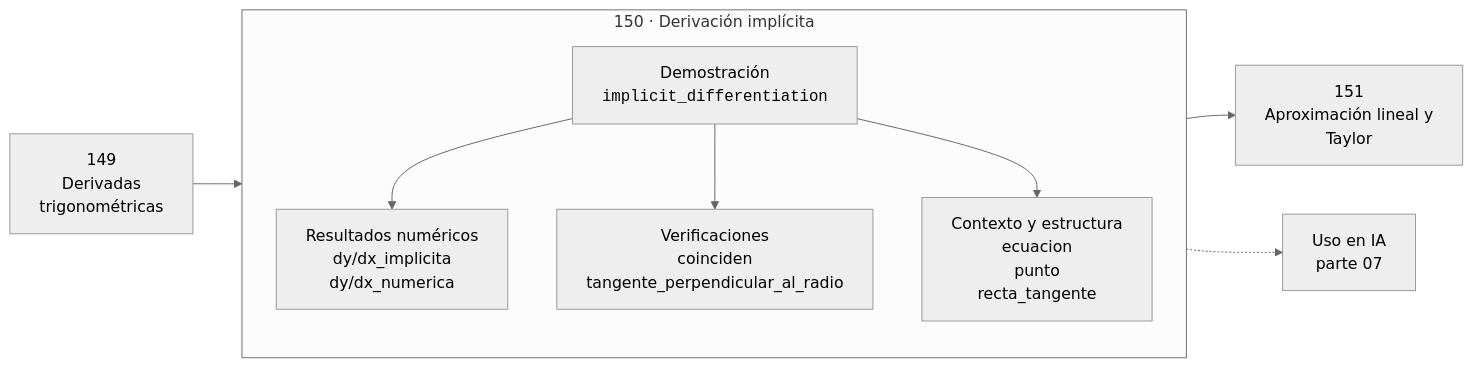
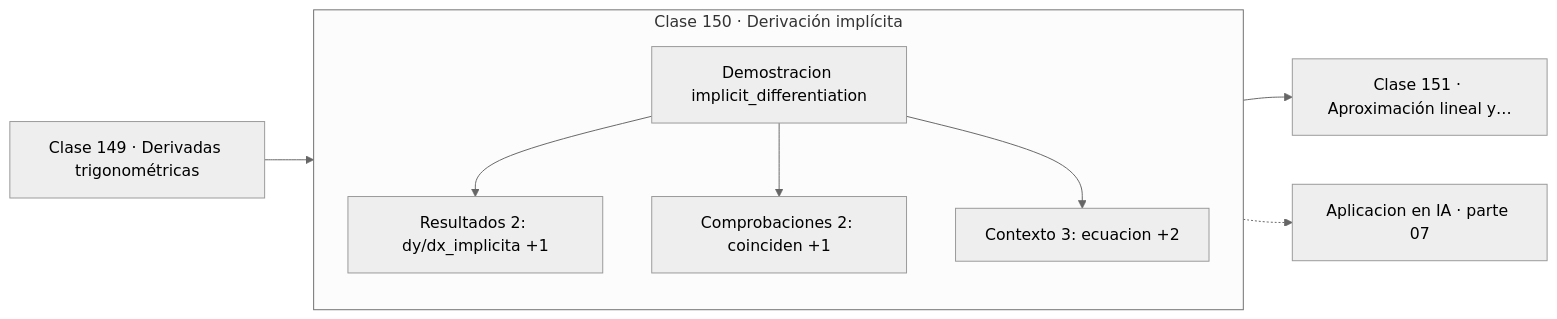
The diagram in classes/part-07-calculo-diferencial-e-integral/150-derivacion-implicita/README.md (vladimiracunadev-create/computational-mathematics-program), drawn with Mermaid (neutral theme) before and after one commit. The commit also changed 389 other files, not shown here.

First line of the commit message:
fix(diagramas): elimina el HTML de las etiquetas Mermaid

````diff
--- a/classes/part-07-calculo-diferencial-e-integral/150-derivacion-implicita/README.md
+++ b/classes/part-07-calculo-diferencial-e-integral/150-derivacion-implicita/README.md
@@ -30,12 +30,13 @@
 ```mermaid
 flowchart LR
-    P["149<br/>Derivadas<br/>trigonométricas"] --> C
-    subgraph C["150 · Derivación implícita"]
+    P["Clase 149 · Derivadas trigonométricas"] --> D
+    subgraph CLASE["Clase 150 · Derivación implícita"]
         direction TB
-        D["Demostración<br/><code>implicit_differentiation</code>"] --> R["Resultados numéricos<br/>dy/dx_implicita<br/>dy/dx_numerica"]
-        D --> V["Verificaciones<br/>coinciden<br/>tangente_perpendicular_al_radio"]
-        D --> O["Contexto y estructura<br/>ecuacion<br/>punto<br/>recta_tangente"]
+        D["Demostracion implicit_differentiation"]
+        D --> R["Resultados 2: dy/dx_implicita +1"]
+        D --> V["Comprobaciones 2: coinciden +1"]
+        D --> O["Contexto 3: ecuacion +2"]
     end
-    C --> N["151<br/>Aproximación lineal y<br/>Taylor"]
-    C -.-> IA["Uso en IA<br/>parte 07"]
+    R --> N["Clase 151 · Aproximación lineal y…"]
+    V -.-> IA["Aplicacion en IA · parte 07"]
 ```
````
